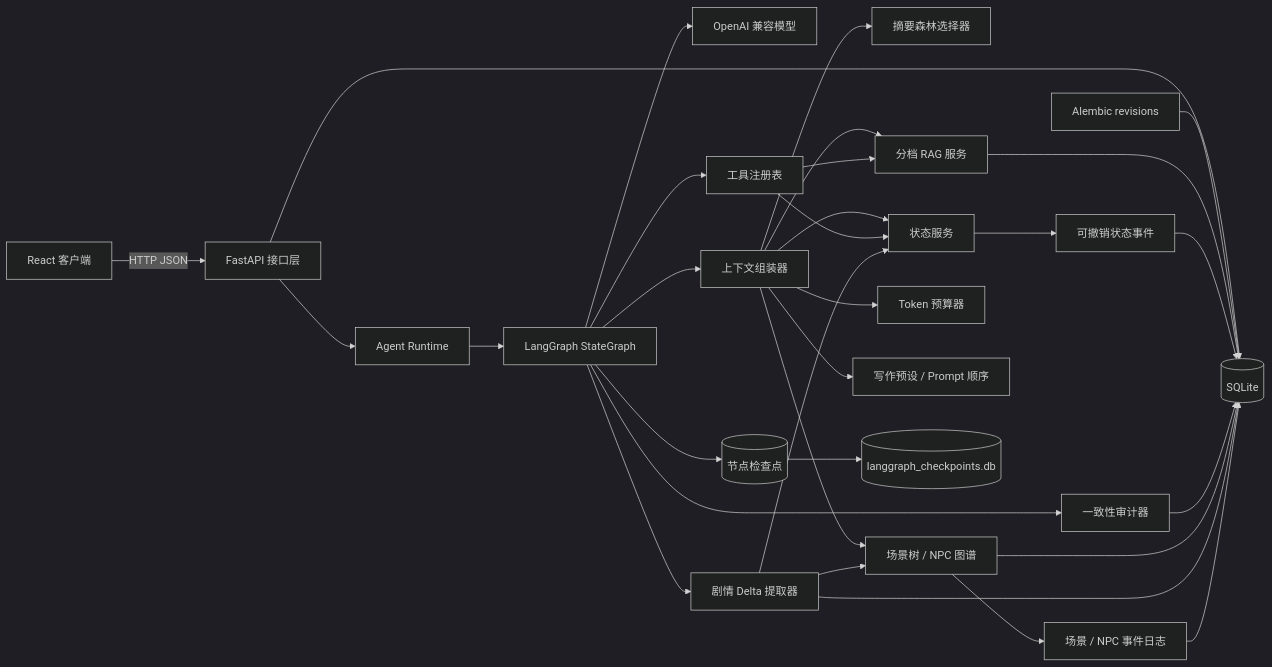
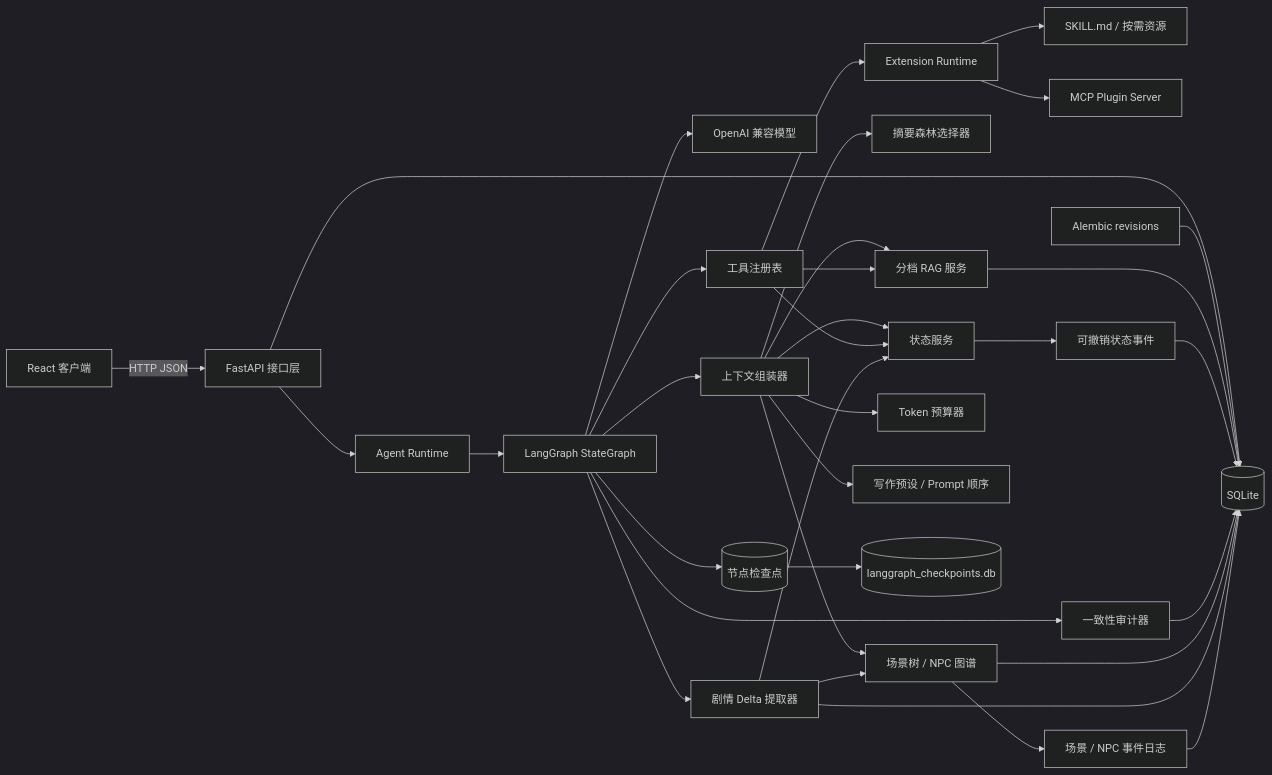
The first of 2 diagrams in docs/ARCHITECTURE.md (maximilian-2778/saraswati-agent), drawn with Mermaid (dark theme) before and after one commit. The commit also changed other lines of this file and 40 other files, not shown here.

````diff
--- a/docs/ARCHITECTURE.md
+++ b/docs/ARCHITECTURE.md
@@ -5,33 +5,36 @@
 ```mermaid
 flowchart LR
     UI[React 客户端] -->|HTTP JSON| API[FastAPI 接口层]
     API --> RT[Agent Runtime]
     RT --> LG[LangGraph StateGraph]
     LG --> LLM[OpenAI 兼容模型]
     LG --> CTX[上下文组装器]
     LG --> TOOLS[工具注册表]
+    TOOLS --> EXT[Extension Runtime]
+    EXT --> SKILL[SKILL.md / 按需资源]
+    EXT --> MCP[MCP Plugin Server]
     LG --> CP[(节点检查点)]
     CTX --> FOREST[摘要森林选择器]
     CTX --> MEM[分档 RAG 服务]
     CTX --> STATE[状态服务]
     CTX --> GRAPH[场景树 / NPC 图谱]
     TOOLS --> MEM
     TOOLS --> STATE
     LG --> AUDIT[一致性审计器]
     LG --> DELTA[剧情 Delta 提取器]
     CTX --> BUDGET[Token 预算器]
     CTX --> PRESET[写作预设 / Prompt 顺序]
     API --> DB[(SQLite)]
     MIG[Alembic revisions] --> DB
     MEM --> DB
     STATE --> EVENTS[可撤销状态事件]
     EVENTS --> DB
     AUDIT --> DB
     GRAPH --> DB
     DELTA --> DB
     DELTA --> STATE
     DELTA --> GRAPH
     CP --> DB2[(langgraph_checkpoints.db)]
     GRAPH --> GEVENTS[场景 / NPC 事件日志]
     GEVENTS --> DB
 ```
````
